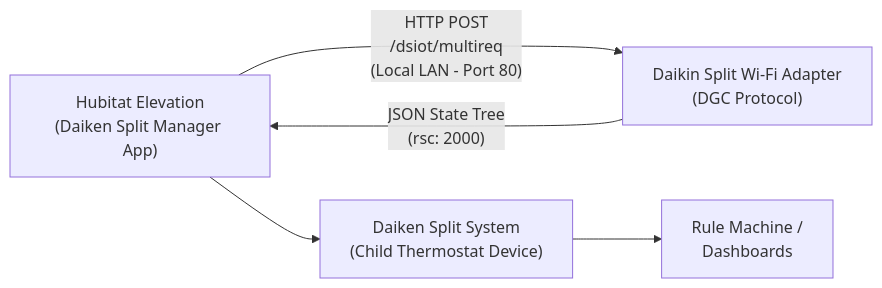
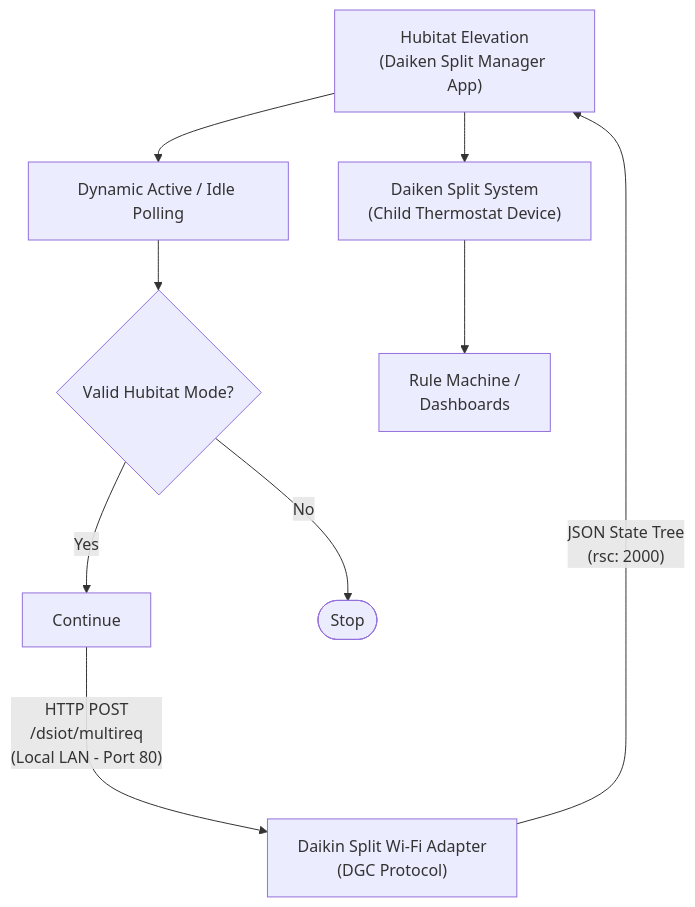
The diagram in README.md (KurtSanders/Hubitat-Daiken-Split-Manager), drawn with Mermaid before and after one commit. The commit also changed other lines of this file and 3 other files, not shown here.

````diff
--- a/README.md
+++ b/README.md
@@ -13,7 +13,14 @@
 ```mermaid
-flowchart LR
-    HE["Hubitat Elevation<br/>(Daiken Split Manager App)"] --->|"HTTP POST<br/>/dsiot/multireq<br/>(Local LAN - Port 80)"| DK["Daikin Split Wi-Fi Adapter<br/>(DGC Protocol)"]
+flowchart TD
+    HE["Hubitat Elevation<br/>(Daiken Split Manager App)"] 
+    HE --> PS["Dynamic Active / Idle Polling"]
+    PS --> MD{"Valid Hubitat Mode?"}
+    MD -->|Yes| SH[Continue]
+    MD -->|No| ST([Stop])
+    SH --->|"HTTP POST<br/>/dsiot/multireq<br/>(Local LAN - Port 80)"| DK["Daikin Split Wi-Fi Adapter<br/>(DGC Protocol)"]
     DK --->|"JSON State Tree<br/>(rsc: 2000)"| HE
     HE --> CD["Daiken Split System<br/>(Child Thermostat Device)"]
     CD --> RM["Rule Machine /<br/>Dashboards"]
+
+    
 ```
````
